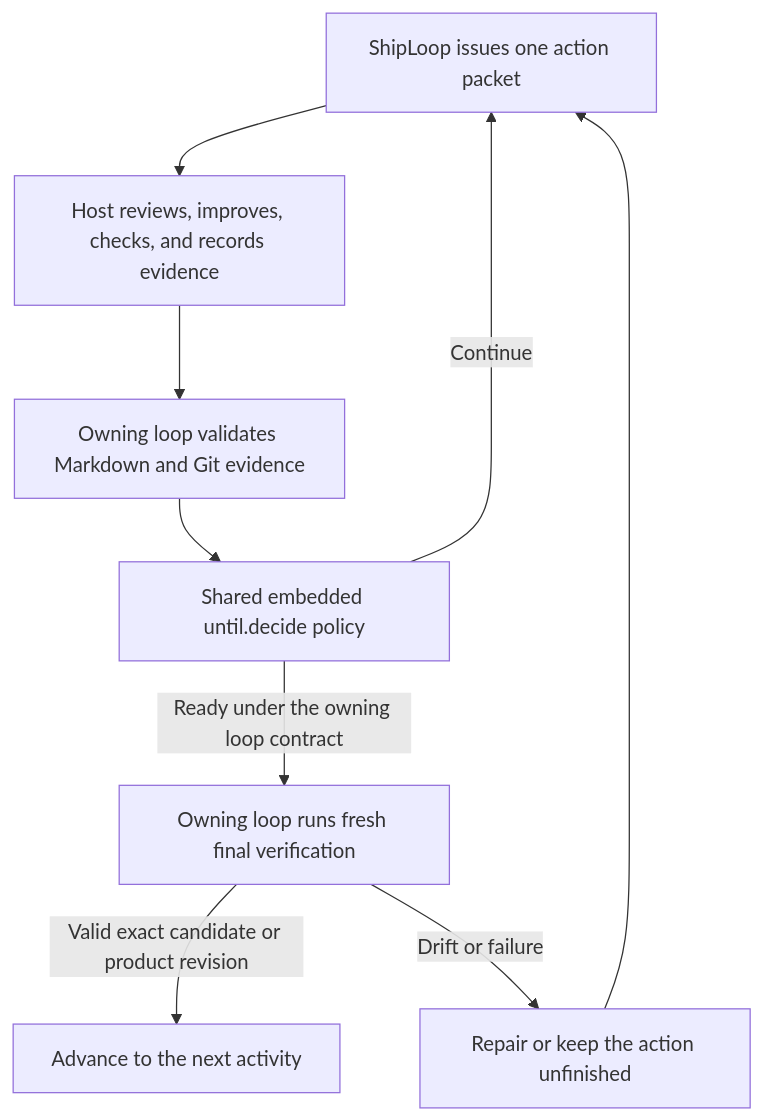
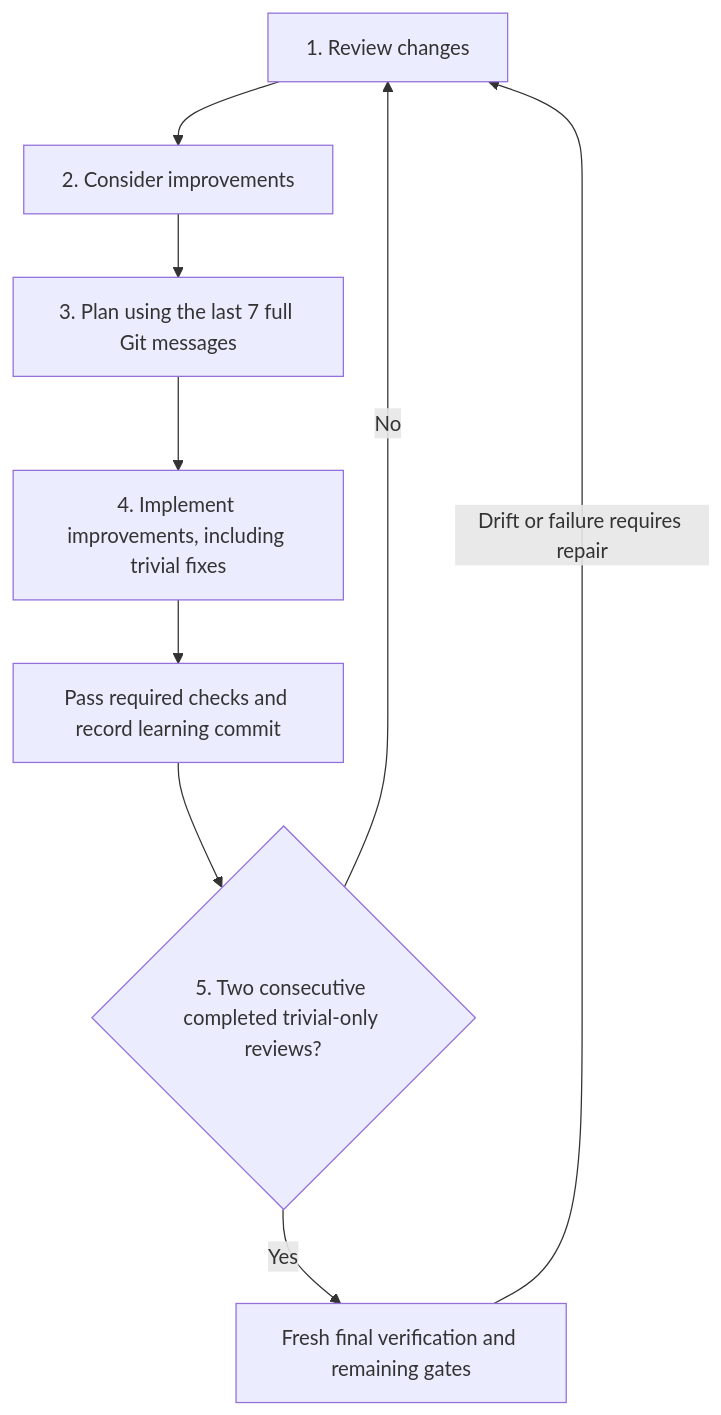
One commit to whichguy/skill-craft changed the second of 15 diagrams in plugins/shiploop/skills/shiploop/README.md. Above: the diagram before and after it, drawn with Mermaid. The commit also changed other lines of this file and 13 other files, not shown here.

````diff
--- a/plugins/shiploop/skills/shiploop/README.md
+++ b/plugins/shiploop/skills/shiploop/README.md
@@ -114,11 +121,11 @@
 ```mermaid
 flowchart TD
-    P["ShipLoop issues one action packet"] --> H["Host reviews, improves, checks, and records evidence"]
-    H --> V["Owning loop validates Markdown and Git evidence"]
-    V --> U["Shared embedded until.decide policy"]
-    U -->|Continue| P
-    U -->|Ready under the owning loop contract| F["Owning loop runs fresh final verification"]
-    F -->|Valid exact candidate or product revision| N["Advance to the next activity"]
-    F -->|Drift or failure| R["Repair or keep the action unfinished"]
-    R --> P
+    R["1. Review changes"] --> C["2. Consider improvements"]
+    C --> P["3. Plan using the last 7 full Git messages"]
+    P --> I["4. Implement improvements, including trivial fixes"]
+    I --> V["Pass required checks and record learning commit"]
+    V --> G{"5. Two consecutive completed trivial-only reviews?"}
+    G -->|No| R
+    G -->|Yes| F["Fresh final verification and remaining gates"]
+    F -->|Drift or failure requires repair| R
 ```
````
